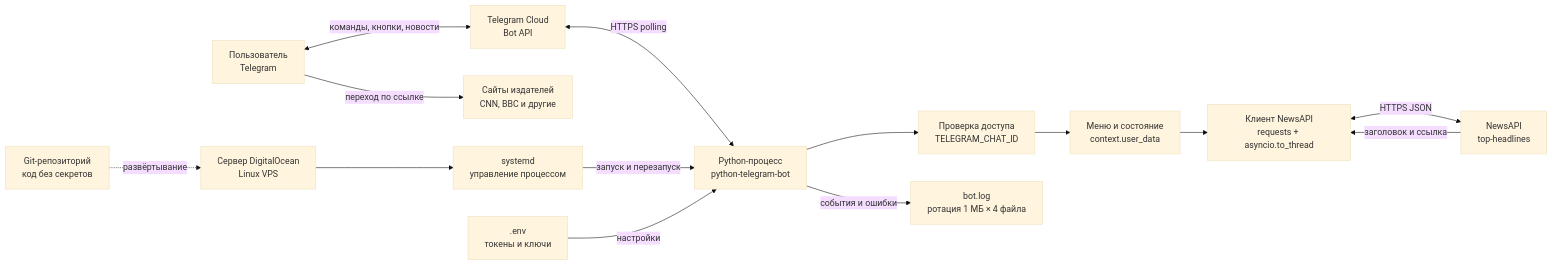
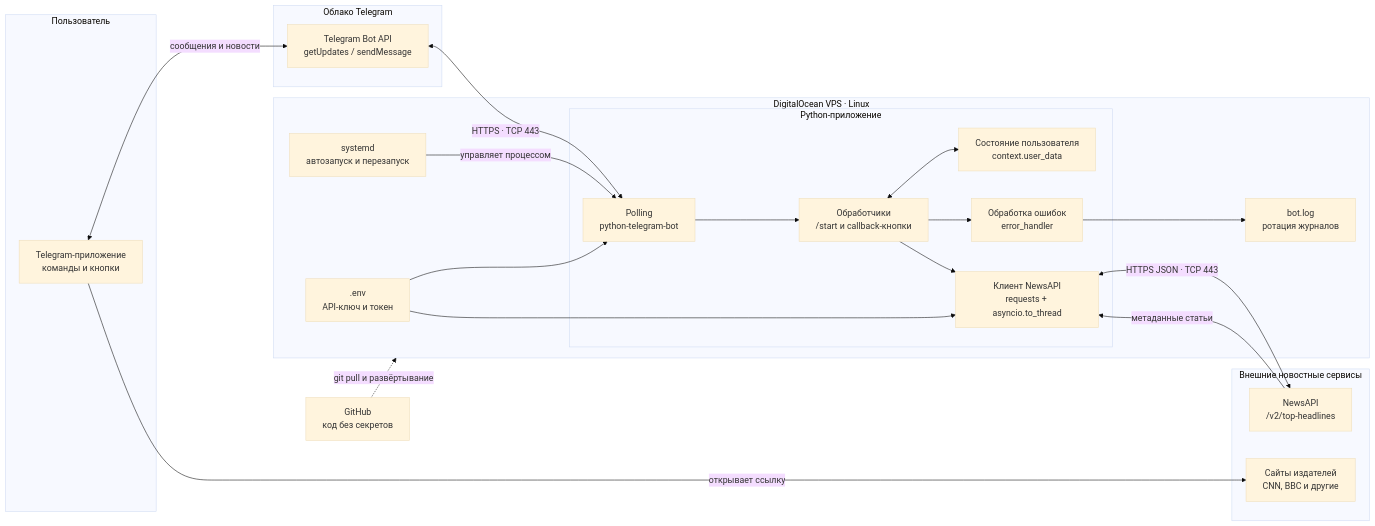
The first of 2 diagrams in README.md (Viktor-Yrl/F_3_Bot_News), drawn with Mermaid (base theme) before and after one commit. The commit also changed other lines of this file and 3 other files, not shown here.

````diff
--- a/README.md
+++ b/README.md
@@ -20,30 +20,47 @@
 ```mermaid
 flowchart LR
-    U["Пользователь<br/>Telegram"]
-    TG["Telegram Cloud<br/>Bot API"]
-    S["Сервер DigitalOcean<br/>Linux VPS"]
-    SD["systemd<br/>управление процессом"]
-    B["Python-процесс<br/>python-telegram-bot"]
-    AC["Проверка доступа<br/>TELEGRAM_CHAT_ID"]
-    UI["Меню и состояние<br/>context.user_data"]
-    N["Клиент NewsAPI<br/>requests + asyncio.to_thread"]
-    API["NewsAPI<br/>top-headlines"]
-    P["Сайты издателей<br/>CNN, BBC и другие"]
-    ENV[".env<br/>токены и ключи"]
-    LOG["bot.log<br/>ротация 1 МБ × 4 файла"]
-    GIT["Git-репозиторий<br/>код без секретов"]
+    subgraph CLIENT["Пользователь"]
+        U["Telegram-приложение<br/>команды и кнопки"]
+    end
 
-    U <-->|"команды, кнопки, новости"| TG
-    TG <-->|"HTTPS polling"| B
-    SD -->|"запуск и перезапуск"| B
-    S --> SD
-    B --> AC
-    AC --> UI
-    UI --> N
-    N <-->|"HTTPS JSON"| API
-    U -->|"переход по ссылке"| P
-    API -->|"заголовок и ссылка"| N
-    ENV -->|"настройки"| B
-    B -->|"события и ошибки"| LOG
-    GIT -.->|"развёртывание"| S
+    subgraph TELEGRAM["Облако Telegram"]
+        TG["Telegram Bot API<br/>getUpdates / sendMessage"]
+    end
+
+    subgraph VPS["DigitalOcean VPS · Linux"]
+        SD["systemd<br/>автозапуск и перезапуск"]
+
+        subgraph APP["Python-приложение"]
+            POLL["Polling<br/>python-telegram-bot"]
+            ROUTER["Обработчики<br/>/start и callback-кнопки"]
+            STATE["Состояние пользователя<br/>context.user_data"]
+            NEWS["Клиент NewsAPI<br/>requests + asyncio.to_thread"]
+            ERR["Обработка ошибок<br/>error_handler"]
+        end
+
+        ENV[".env<br/>API-ключ и токен"]
+        LOG["bot.log<br/>ротация журналов"]
+    end
+
+    subgraph EXTERNAL["Внешние новостные сервисы"]
+        API["NewsAPI<br/>/v2/top-headlines"]
+        P["Сайты издателей<br/>CNN, BBC и другие"]
+    end
+
+    GIT["GitHub<br/>код без секретов"]
+
+    U <-->|"сообщения и новости"| TG
+    TG <-->|"HTTPS · TCP 443"| POLL
+    SD -->|"управляет процессом"| POLL
+    POLL --> ROUTER
+    ROUTER <--> STATE
+    ROUTER --> NEWS
+    NEWS <-->|"HTTPS JSON · TCP 443"| API
+    ROUTER --> ERR
+    ENV --> POLL
+    ENV --> NEWS
+    ERR --> LOG
+    U -->|"открывает ссылку"| P
+    API -->|"метаданные статьи"| NEWS
+    GIT -.->|"git pull и развёртывание"| VPS
 ```
````
